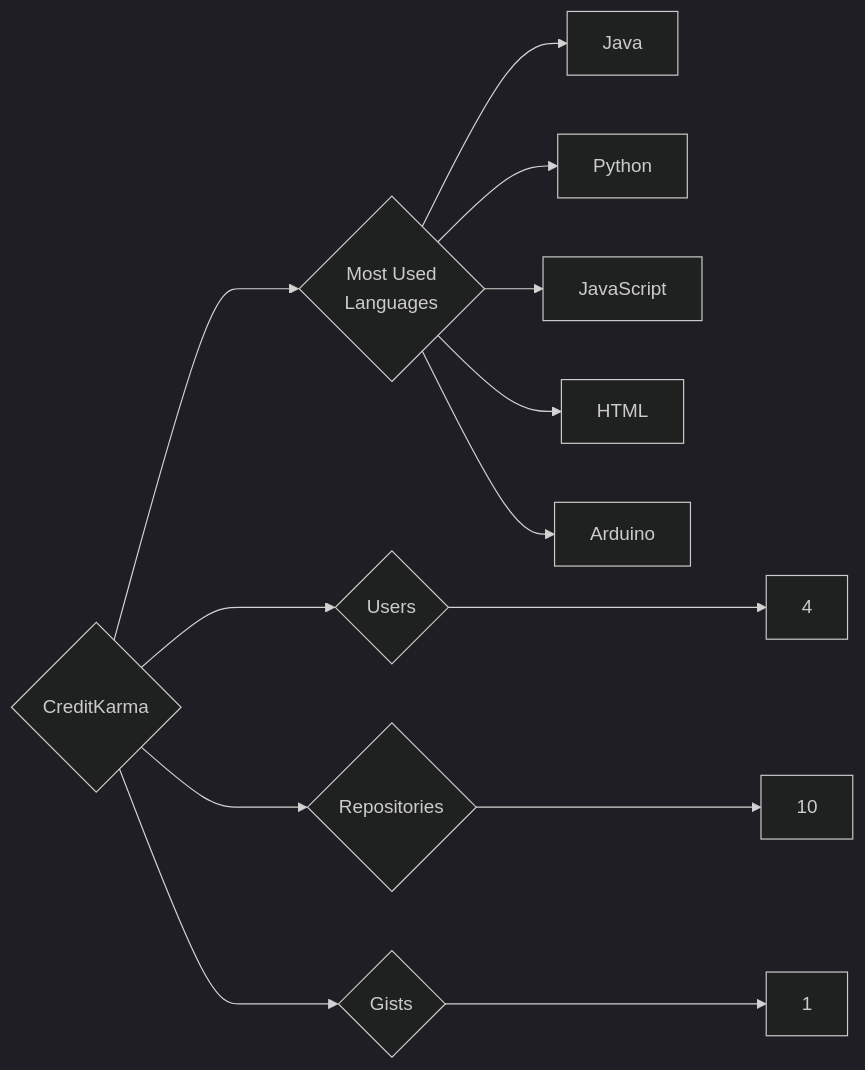
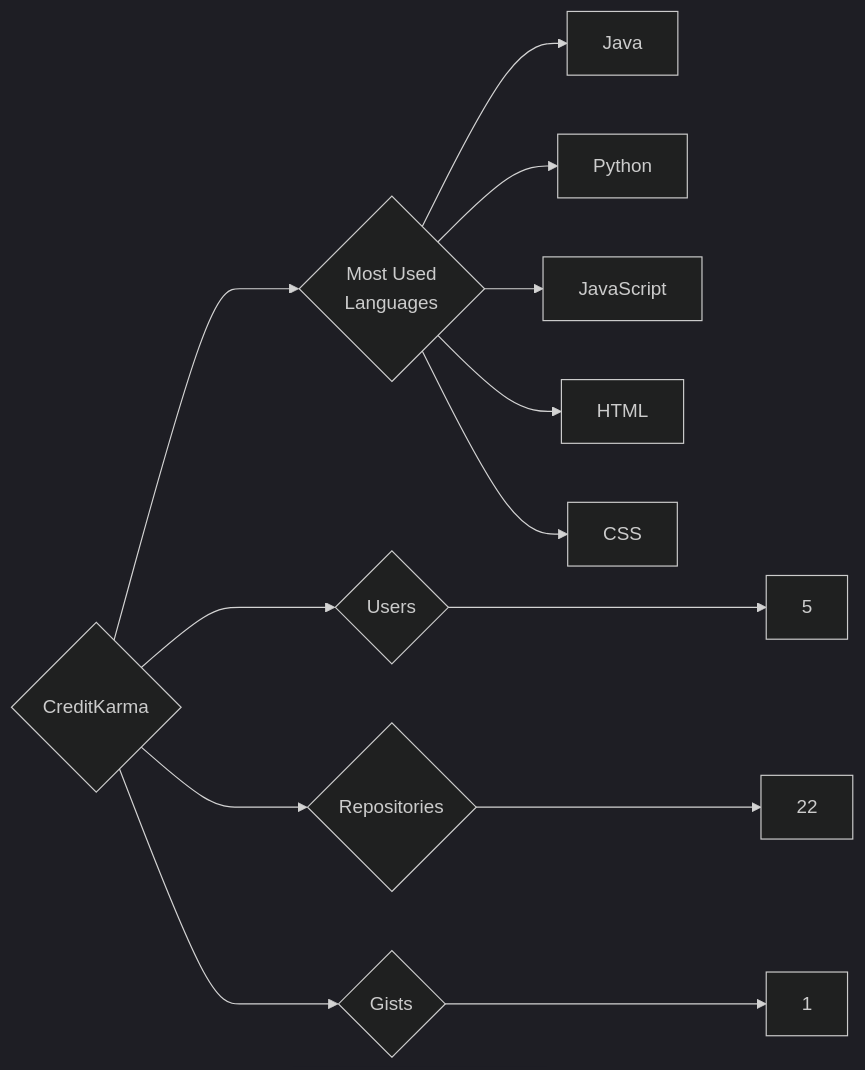
One commit to trickest/insiders changed the diagram in targets/CreditKarma/README.md. Above: the diagram before and after it, drawn with Mermaid (dark theme). The commit also changed 1055 other files, not shown here.

````diff
--- a/targets/CreditKarma/README.md
+++ b/targets/CreditKarma/README.md
@@ -3,13 +3,13 @@
 ```mermaid
 graph LR
 COMPANY_NAME{CreditKarma}
-COMPANY_NAME ---> U{Users} ---> UN[4]
-COMPANY_NAME ---> R{Repositories} ---> RN[10]
+COMPANY_NAME ---> U{Users} ---> UN[5]
+COMPANY_NAME ---> R{Repositories} ---> RN[22]
 COMPANY_NAME ---> G{Gists} ---> GN[1]
 COMPANY_NAME ---> ML{Most Used<br>Languages}
 ML --> Java[Java]
 ML --> Python[Python]
 ML --> JavaScript[JavaScript]
 ML --> HTML[HTML]
-ML --> Arduino[Arduino]
+ML --> CSS[CSS]
 ```
````
